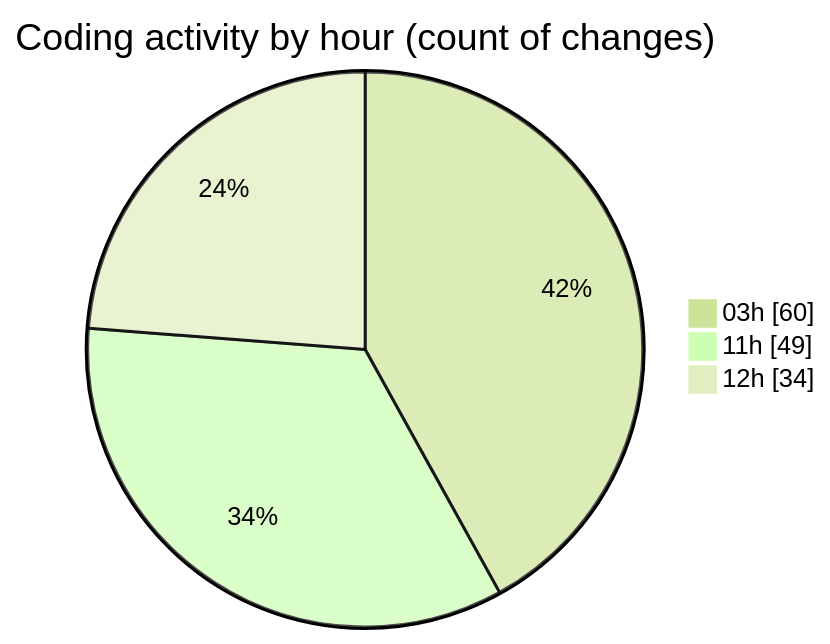
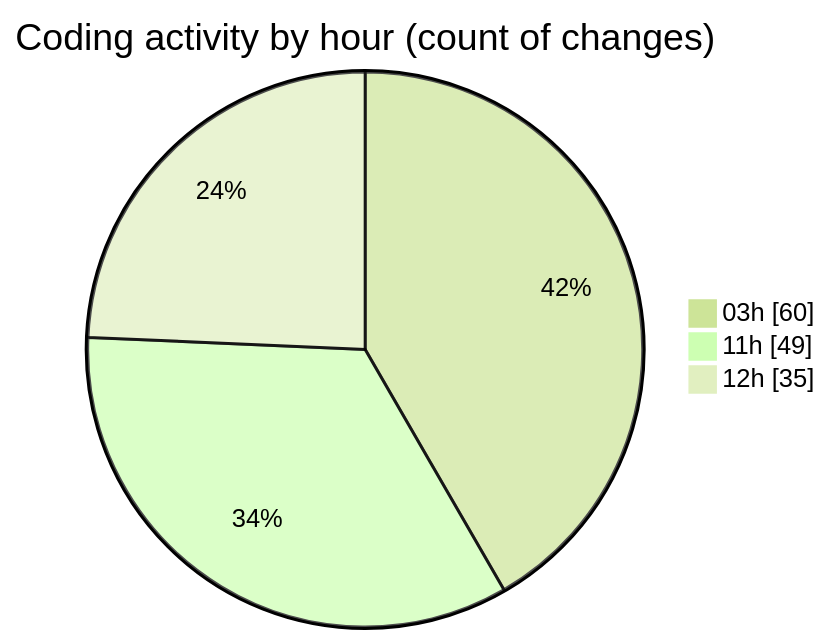
The second of 2 diagrams in 2025-07-02/mern-thinkboard/README.md (Ritupan-Deka/code-tracking), drawn with Mermaid (forest theme) before and after one commit. The commit also changed other lines of this file and 1 other file, not shown here.

````diff
--- a/2025-07-02/mern-thinkboard/README.md
+++ b/2025-07-02/mern-thinkboard/README.md
@@ -37,7 +37,7 @@
 ```mermaid
 pie showData
 title Coding activity by hour (count of changes)
 "03h" : 60
 "11h" : 49
-"12h" : 34
+"12h" : 35
 ```
````
